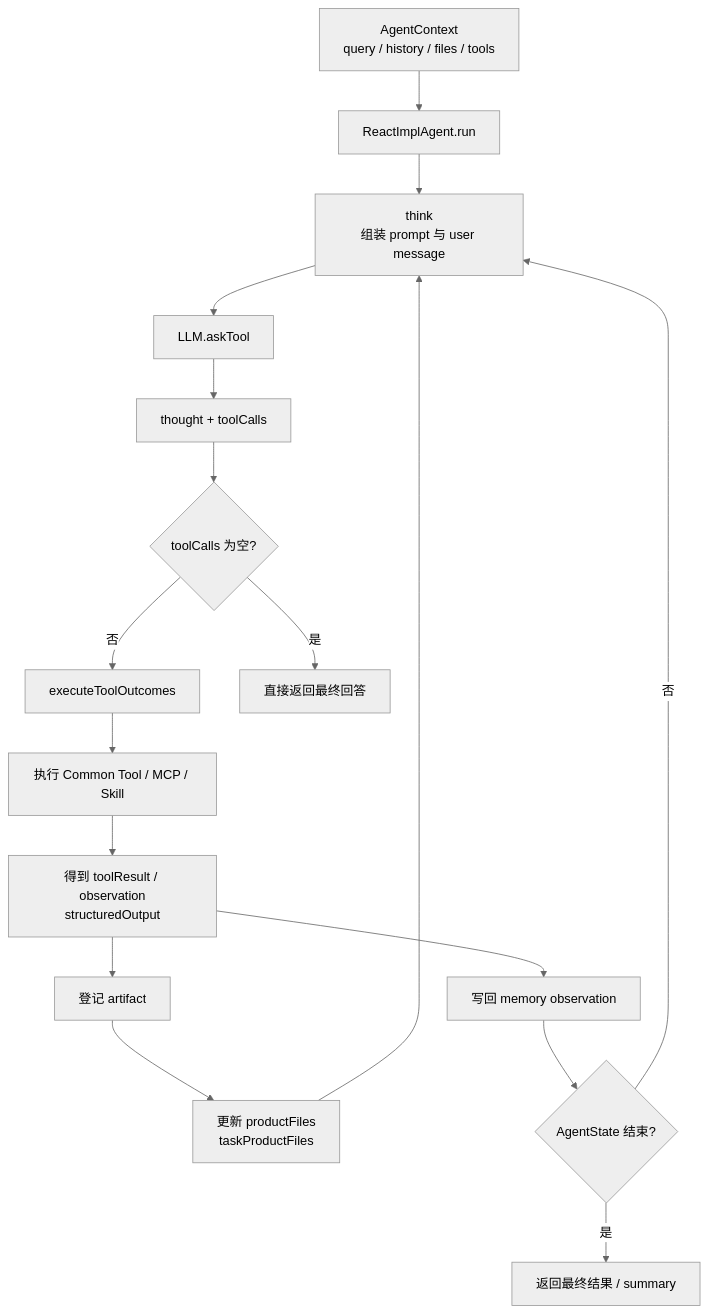
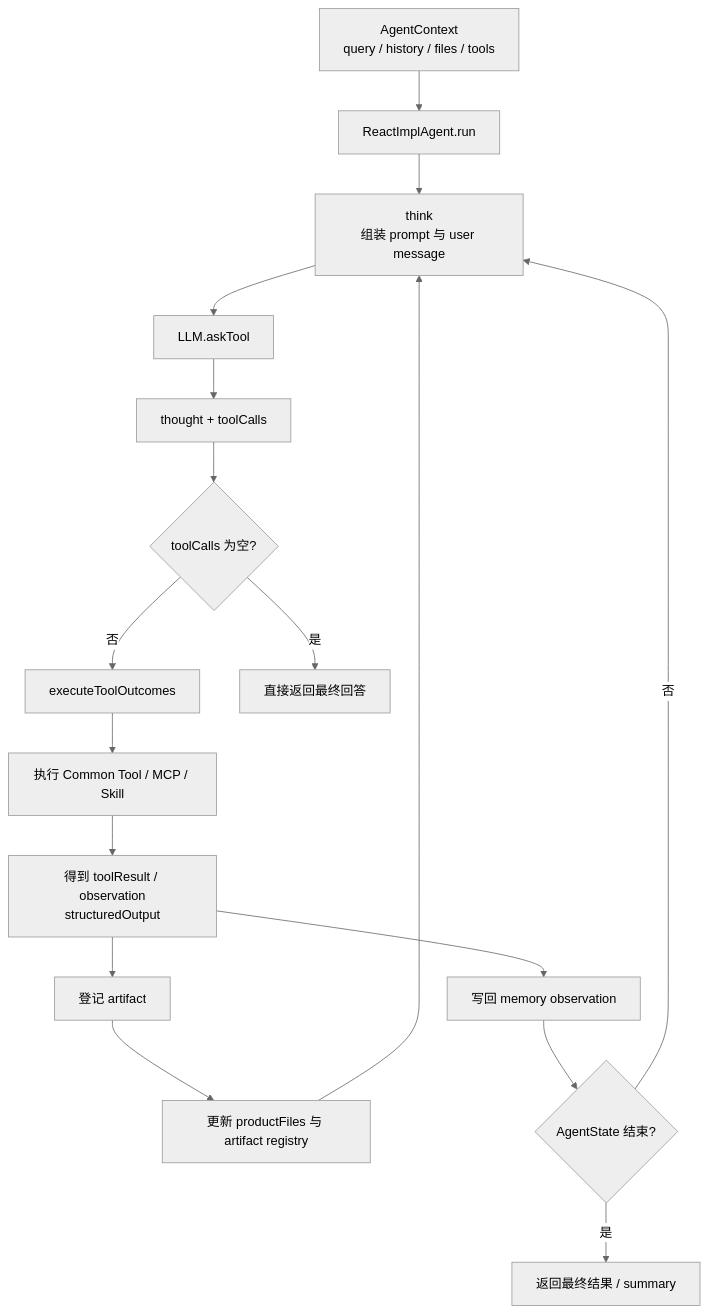
One commit to OWWZO/ai-agent changed the second of 3 diagrams in README.md. Above: the diagram before and after it, drawn with Mermaid (neutral theme). The commit also changed other lines of this file and 418 other files, not shown here.

````diff
--- a/README.md
+++ b/README.md
@@ -291,26 +291,26 @@
 ```mermaid
 flowchart TD
 A["AgentContext<br/>query / history / files / tools"]
 B["ReactImplAgent.run"]
 C["think<br/>组装 prompt 与 user message"]
 D["LLM.askTool"]
 E["thought + toolCalls"]
 F{"toolCalls 为空?"}
 G["executeToolOutcomes"]
 H["执行 Common Tool / MCP / Skill"]
 I["得到 toolResult / observation<br/>structuredOutput"]
 J["登记 artifact"]
 K["写回 memory observation"]
-L["更新 productFiles<br/>taskProductFiles"]
+L["更新 productFiles 与 artifact registry"]
 M{"AgentState 结束?"}
 N["直接返回最终回答"]
 O["返回最终结果 / summary"]
 
 A --> B --> C --> D --> E --> F
 F -->|否| G --> H --> I
 I --> J --> L --> C
 I --> K --> M
 M -->|否| C
 F -->|是| N
 M -->|是| O
 ```
````
